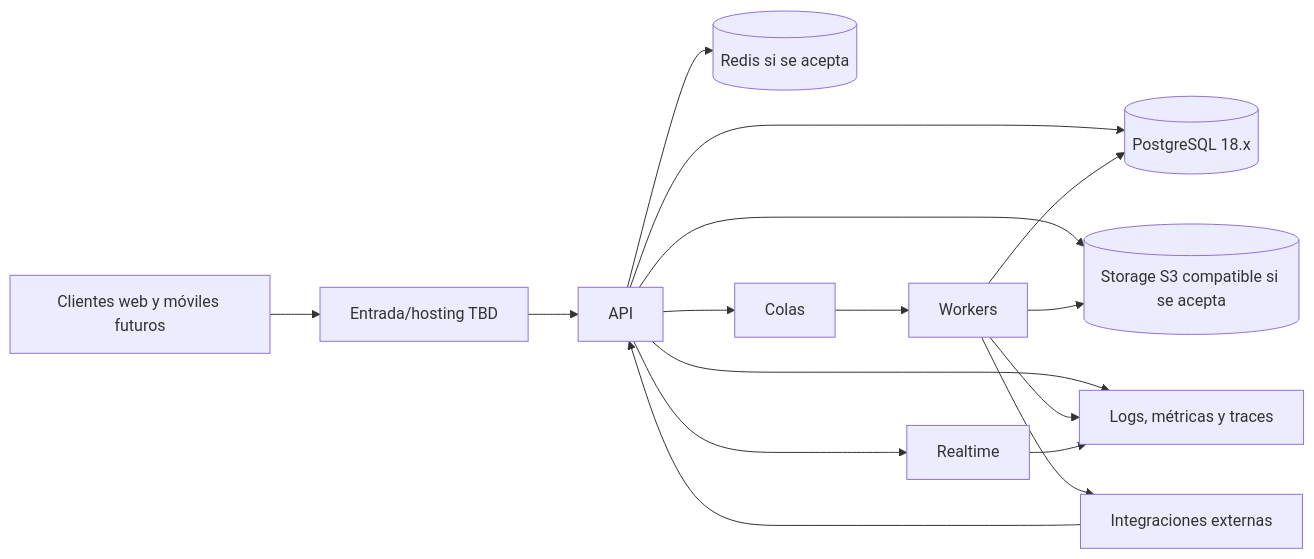
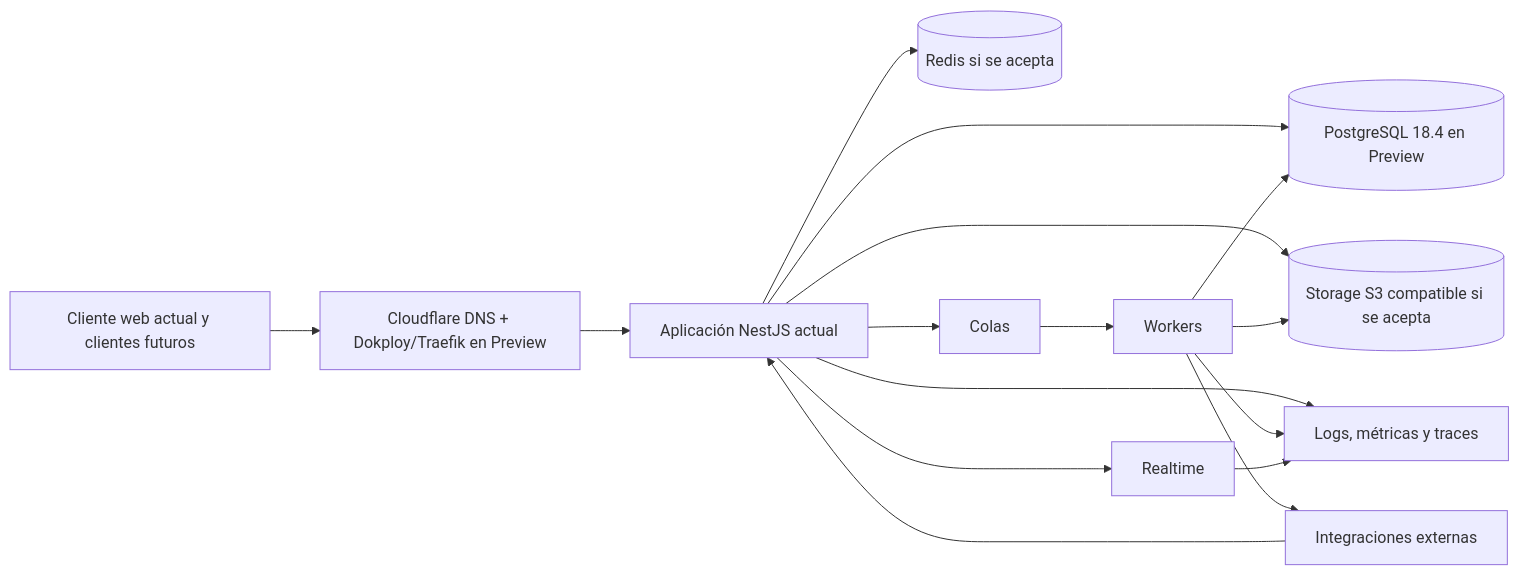
The diagram in docs/operations/OPERATIONS_OVERVIEW.md (luisgtzaviles/SrTaller-2.0), drawn with Mermaid before and after one commit. The commit also changed other lines of this file and 17 other files, not shown here.

````diff
--- a/docs/operations/OPERATIONS_OVERVIEW.md
+++ b/docs/operations/OPERATIONS_OVERVIEW.md
@@ -28,18 +31,18 @@
 ```mermaid
 flowchart LR
-    U[Clientes web y móviles futuros] --> WAF[Entrada/hosting TBD]
-    WAF --> API[API]
-    API --> DB[(PostgreSQL 18.x)]
+    U[Cliente web actual y clientes futuros] --> WAF[Cloudflare DNS + Dokploy/Traefik en Preview]
+    WAF --> API[Aplicación NestJS actual]
+    API --> DB[(PostgreSQL 18.4 en Preview)]
     API --> R[(Redis si se acepta)]
     API --> S[(Storage S3 compatible si se acepta)]
     API --> RT[Realtime]
     API --> Q[Colas]
     Q --> WK[Workers]
     WK --> DB
     WK --> S
     WK --> X[Integraciones externas]
     X --> API
     API --> O[Logs, métricas y traces]
     WK --> O
     RT --> O
 ```
````
